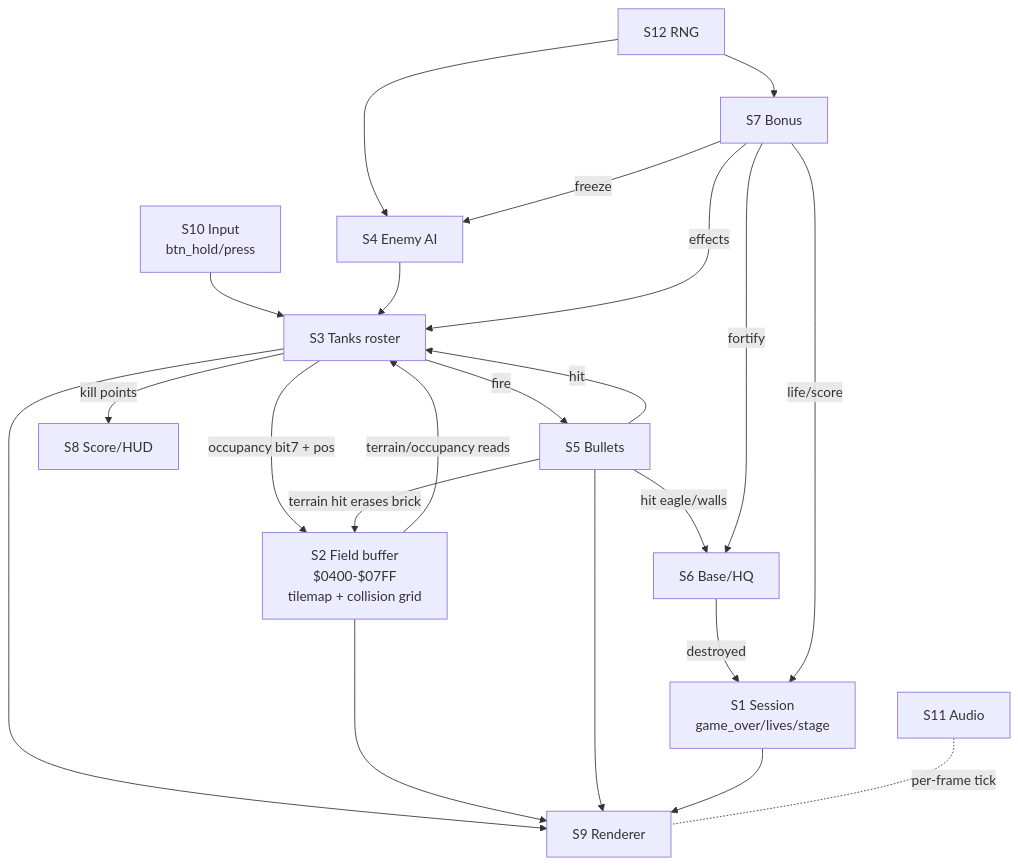
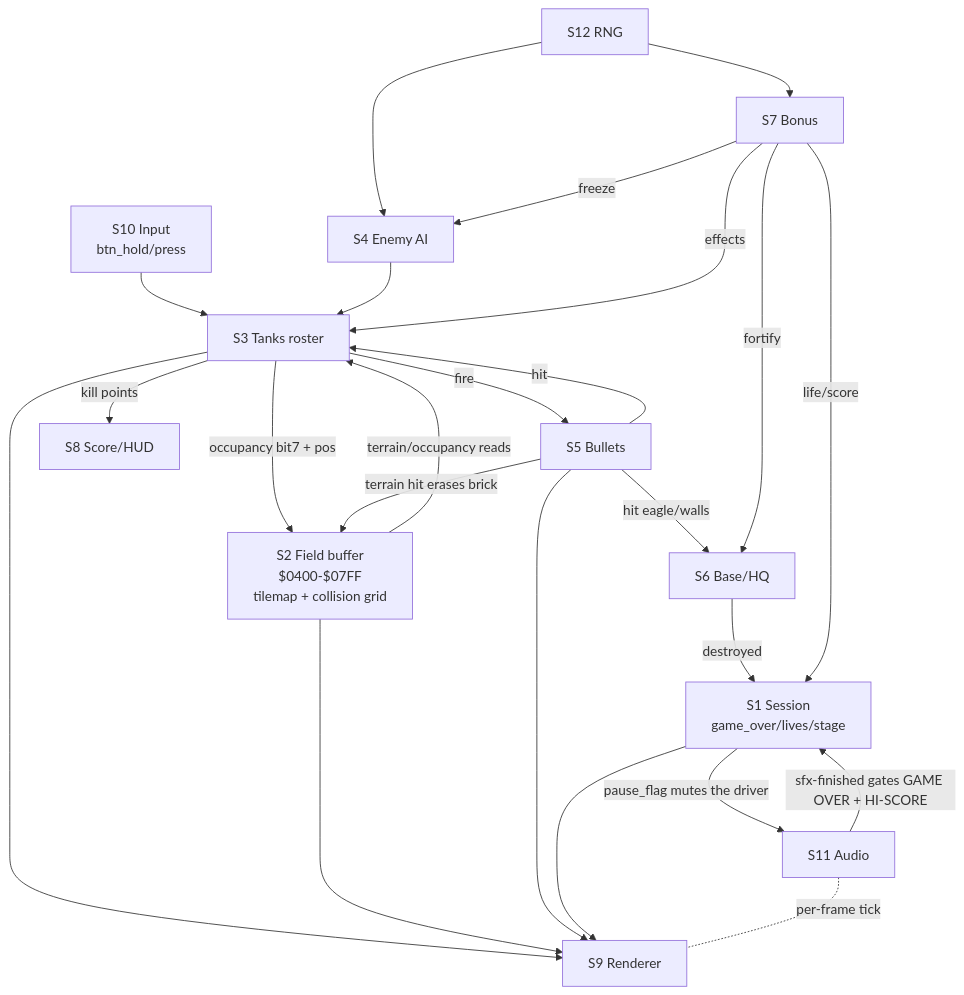
Before and after one commit to ZaneLogi/ZaneLogi.github.io: the diagram in tanks_clone/docs/research_system_interaction_map.md, drawn with Mermaid. The commit also changed other lines of this file and 16 other files, not shown here.

Commit message:
[tanks_clone] P3 game flow research + mode machine

````diff
--- a/tanks_clone/docs/research_system_interaction_map.md
+++ b/tanks_clone/docs/research_system_interaction_map.md
@@ -341,24 +392,26 @@
 ```mermaid
 graph TD
   INPUT[S10 Input<br/>btn_hold/press] --> TANKS[S3 Tanks roster]
   RNG[S12 RNG] --> AI[S4 Enemy AI]
   RNG --> BONUS[S7 Bonus]
   AI --> TANKS
   TANKS -->|occupancy bit7 + pos| FIELD[S2 Field buffer<br/>$0400-$07FF<br/>tilemap + collision grid]
   FIELD -->|terrain/occupancy reads| TANKS
   TANKS -->|fire| BULLETS[S5 Bullets]
   BULLETS -->|terrain hit erases brick| FIELD
   BULLETS -->|hit| TANKS
   BULLETS -->|hit eagle/walls| BASE[S6 Base/HQ]
   BASE -->|destroyed| SESSION[S1 Session<br/>game_over/lives/stage]
   TANKS -->|kill points| SCORE[S8 Score/HUD]
   BONUS -->|effects| TANKS
   BONUS -->|freeze| AI
   BONUS -->|fortify| BASE
   BONUS -->|life/score| SESSION
   TANKS --> RENDER[S9 Renderer]
   FIELD --> RENDER
   BULLETS --> RENDER
   SESSION --> RENDER
   AUDIO[S11 Audio] -.per-frame tick.- RENDER
+  AUDIO -->|sfx-finished gates GAME OVER + HI-SCORE| SESSION
+  SESSION -->|pause_flag mutes the driver| AUDIO
 ```
````
